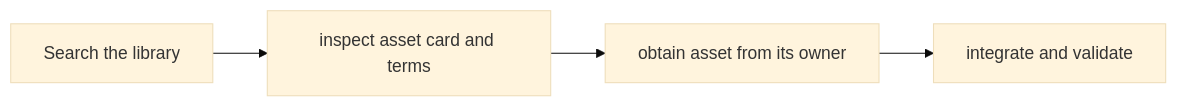
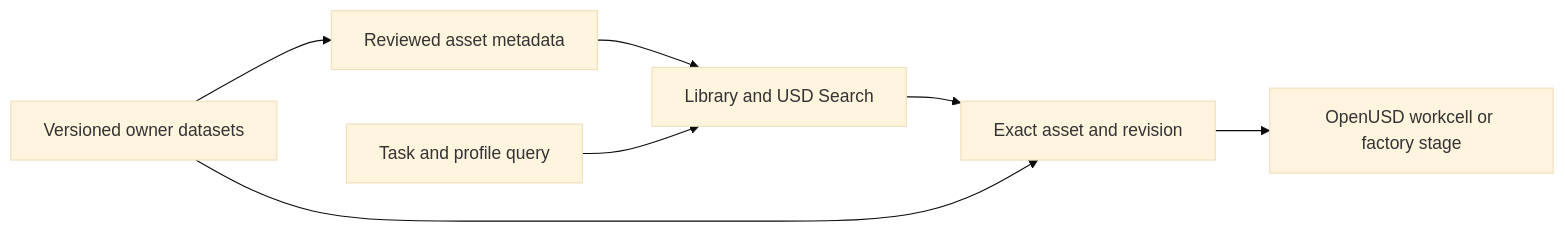
One commit to james-joobs/awesome-nvidia-physical-ai changed the diagram in docs/en/simready-central-library.md. Above: the diagram before and after it, drawn with Mermaid (base theme). The commit also changed other lines of this file and 187 other files, not shown here.

Commit message:
Expand bilingual guides with official architecture references

````diff
--- a/docs/en/simready-central-library.md
+++ b/docs/en/simready-central-library.md
@@ -17,8 +17,15 @@
 ```mermaid
 flowchart LR
-  S0["Search the library"]
-  S1["inspect asset card and terms"]
-  S2["obtain asset from its owner"]
-  S3["integrate and validate"]
-  S0 --> S1 --> S2 --> S3
+    dataset["Versioned owner datasets"]
+    index["Reviewed asset metadata"]
+    query["Task and profile query"]
+    search["Library and USD Search"]
+    pick["Exact asset and revision"]
+    scene["OpenUSD workcell or factory stage"]
+    dataset --> index
+    index --> search
+    query --> search
+    search --> pick
+    dataset --> pick
+    pick --> scene
 ```
````
